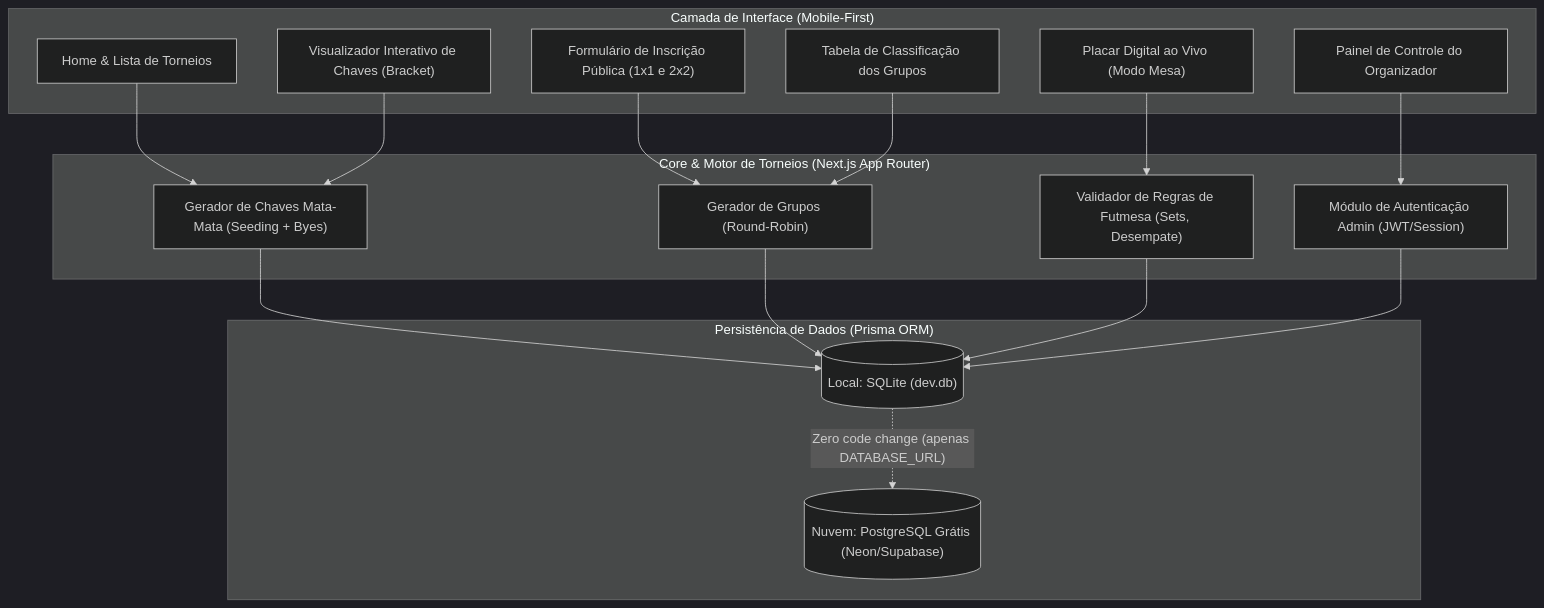
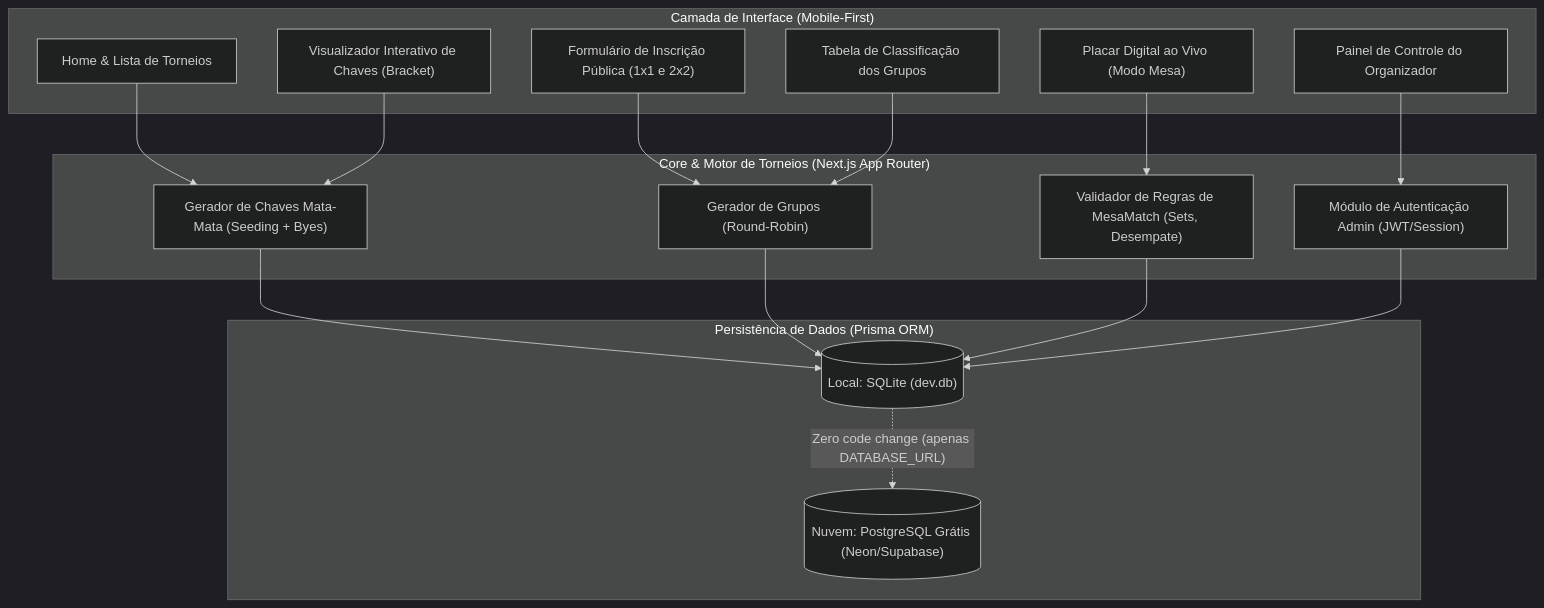
Before and after one commit to VictorErbs/futmesa-universitario: the diagram in PLANO_DE_DESENVOLVIMENTO.md, drawn with Mermaid (dark theme). The commit also changed other lines of this file and 31 other files, not shown here.

Commit message:
feat: refatoracao, documentacao e rebranding para MesaMatch

````diff
--- a/PLANO_DE_DESENVOLVIMENTO.md
+++ b/PLANO_DE_DESENVOLVIMENTO.md
@@ -12,37 +12,37 @@
 ```mermaid
 graph TD
     subgraph "Camada de Interface (Mobile-First)"
         UI_Home["Home & Lista de Torneios"]
         UI_Inscricao["Formulário de Inscrição Pública (1x1 e 2x2)"]
         UI_Chaves["Visualizador Interativo de Chaves (Bracket)"]
         UI_Grupos["Tabela de Classificação dos Grupos"]
         UI_Placar["Placar Digital ao Vivo (Modo Mesa)"]
         UI_Admin["Painel de Controle do Organizador"]
     end
 
     subgraph "Core & Motor de Torneios (Next.js App Router)"
         Engine_Bracket["Gerador de Chaves Mata-Mata (Seeding + Byes)"]
         Engine_Groups["Gerador de Grupos (Round-Robin)"]
-        Engine_Rules["Validador de Regras de Futmesa (Sets, Desempate)"]
+        Engine_Rules["Validador de Regras de MesaMatch (Sets, Desempate)"]
         Auth_Module["Módulo de Autenticação Admin (JWT/Session)"]
     end
 
     subgraph "Persistência de Dados (Prisma ORM)"
         Local_DB[("Local: SQLite (dev.db)")]
         Cloud_DB[("Nuvem: PostgreSQL Grátis (Neon/Supabase)")]
     end
 
     UI_Home --> Engine_Bracket
     UI_Inscricao --> Engine_Groups
     UI_Chaves --> Engine_Bracket
     UI_Grupos --> Engine_Groups
     UI_Placar --> Engine_Rules
     UI_Admin --> Auth_Module
 
     Engine_Bracket --> Local_DB
     Engine_Groups --> Local_DB
     Engine_Rules --> Local_DB
     Auth_Module --> Local_DB
 
     Local_DB -. "Zero code change (apenas DATABASE_URL)" .-> Cloud_DB
 ```
````
